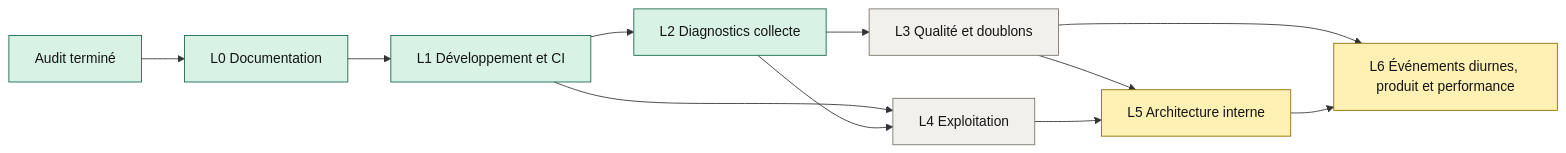
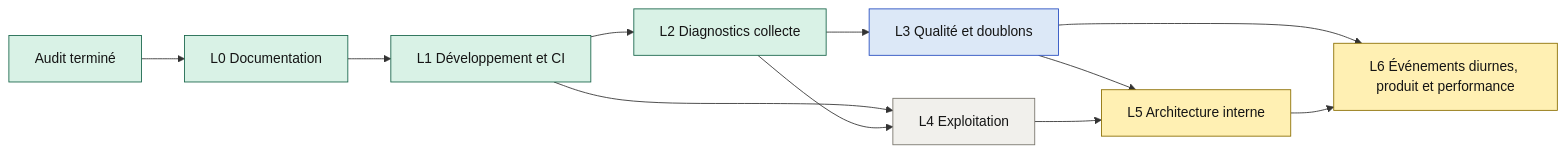
One commit to VinniMo/samstag changed the diagram in docs/diagrams/implementation-roadmap.mmd. Above: the diagram before and after it, drawn with Mermaid. The commit also changed 7 other files, not shown here.

```diff
--- a/docs/diagrams/implementation-roadmap.mmd
+++ b/docs/diagrams/implementation-roadmap.mmd
@@ -1,20 +1,22 @@
 flowchart LR
     A[Audit terminé] --> L0[L0 Documentation]
     L0 --> L1[L1 Développement et CI]
     L1 --> L2[L2 Diagnostics collecte]
     L2 --> L3[L3 Qualité et doublons]
     L1 --> L4[L4 Exploitation]
     L2 --> L4
     L3 --> L5[L5 Architecture interne]
     L4 --> L5
     L3 --> L6[L6 Événements diurnes, produit et performance]
     L5 --> L6
 
     classDef done fill:#d9f2e6,stroke:#176449,color:#151515
     classDef doing fill:#fff0b3,stroke:#8a6d00,color:#151515
+    classDef ready fill:#dce8f7,stroke:#244bc0,color:#151515
     classDef todo fill:#f1f0ec,stroke:#77736a,color:#151515
     classDef blocked fill:#f7d9e6,stroke:#a3004f,color:#151515
 
     class A,L0,L1,L2 done
-    class L3,L4 todo
+    class L3 ready
+    class L4 todo
     class L5,L6 doing
```
